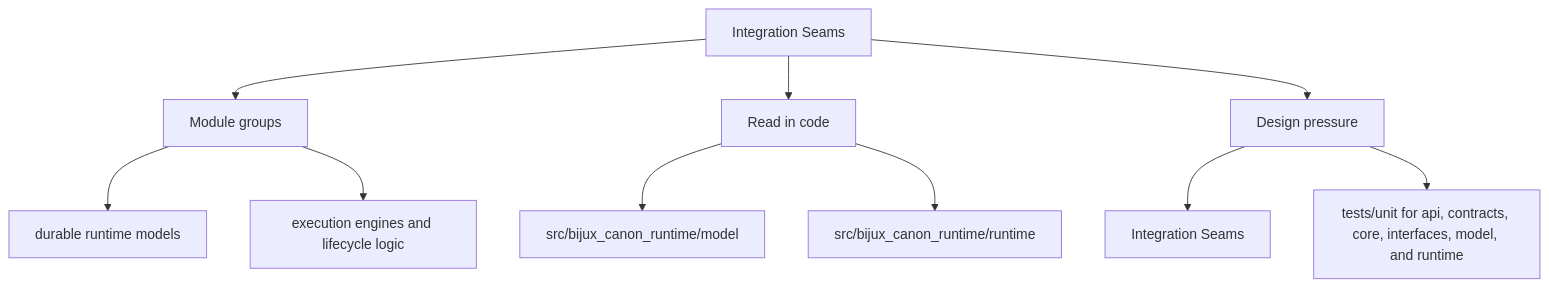
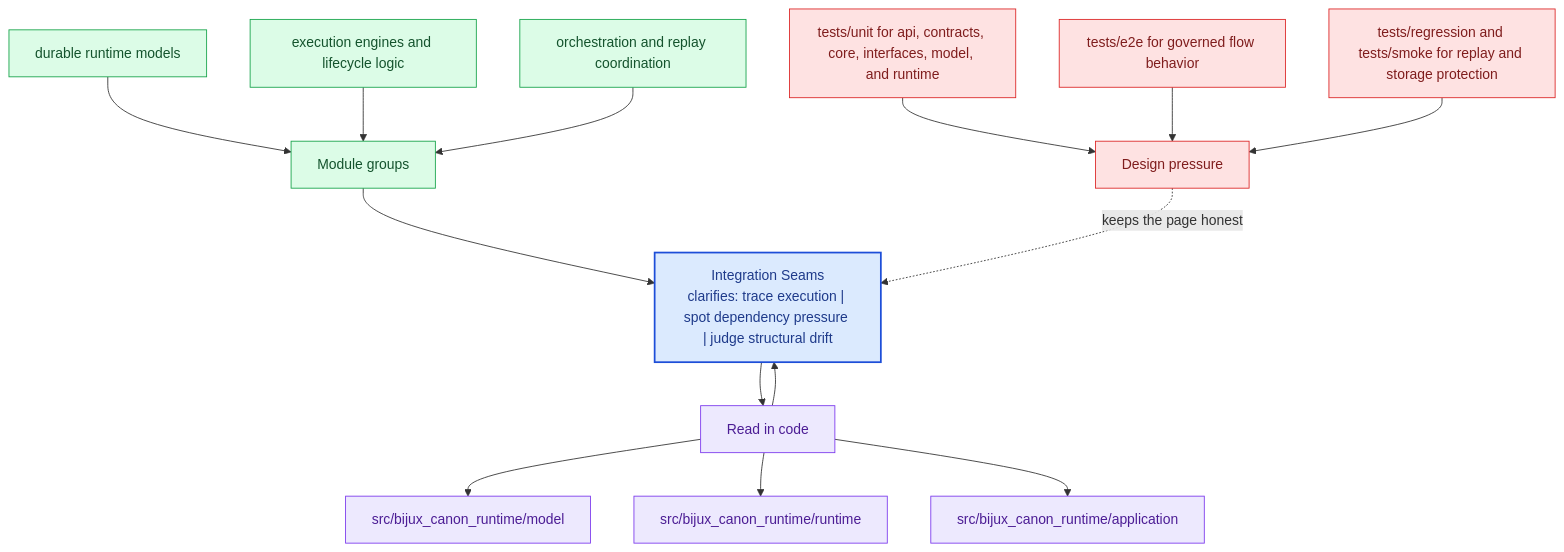
The second of 2 diagrams in docs/bijux-canon-runtime/architecture/integration-seams.md (bijux/bijux-canon), drawn with Mermaid before and after one commit. The commit also changed other lines of this file and 281 other files, not shown here.

Commit message:
docs(diagrams): deepen handbook mermaid maps across the catalog

````diff
--- a/docs/bijux-canon-runtime/architecture/integration-seams.md
+++ b/docs/bijux-canon-runtime/architecture/integration-seams.md
@@ -35,22 +68,40 @@
 ```mermaid
-flowchart TD
-    page["Integration Seams"]
+flowchart TB
+    promise["Integration Seams<br/>clarifies: trace execution | spot dependency pressure | judge structural drift"]
+    classDef promise fill:#dbeafe,stroke:#1d4ed8,color:#1e3a8a,stroke-width:2px;
+    classDef driver fill:#dcfce7,stroke:#16a34a,color:#14532d;
+    classDef constraint fill:#fee2e2,stroke:#dc2626,color:#7f1d1d;
+    classDef ground fill:#ede9fe,stroke:#7c3aed,color:#4c1d95;
     focus1["Module groups"]
-    page --> focus1
+    focus1 --> promise
     focus1_1["durable runtime models"]
-    focus1 --> focus1_1
+    focus1_1 --> focus1
     focus1_2["execution engines and lifecycle logic"]
-    focus1 --> focus1_2
+    focus1_2 --> focus1
+    focus1_3["orchestration and replay coordination"]
+    focus1_3 --> focus1
+    class focus1 driver;
+    class focus1_1,focus1_2,focus1_3 driver;
     focus2["Read in code"]
-    page --> focus2
+    focus2 --> promise
+    promise --> focus2
     focus2_1["src/bijux_canon_runtime/model"]
     focus2 --> focus2_1
     focus2_2["src/bijux_canon_runtime/runtime"]
     focus2 --> focus2_2
+    focus2_3["src/bijux_canon_runtime/application"]
+    focus2 --> focus2_3
+    class focus2 ground;
+    class focus2_1,focus2_2,focus2_3 ground;
     focus3["Design pressure"]
-    page --> focus3
-    focus3_1["Integration Seams"]
-    focus3 --> focus3_1
-    focus3_2["tests/unit for api, contracts, core, interfaces, model, and runtime"]
-    focus3 --> focus3_2
+    focus3 -.keeps the page honest.-> promise
+    focus3_1["tests/unit for api, contracts, core, interfaces, model, and runtime"]
+    focus3_1 --> focus3
+    focus3_2["tests/e2e for governed flow behavior"]
+    focus3_2 --> focus3
+    focus3_3["tests/regression and tests/smoke for replay and storage protection"]
+    focus3_3 --> focus3
+    class focus3 constraint;
+    class focus3_1,focus3_2,focus3_3 constraint;
+    class promise promise;
 ```
````
